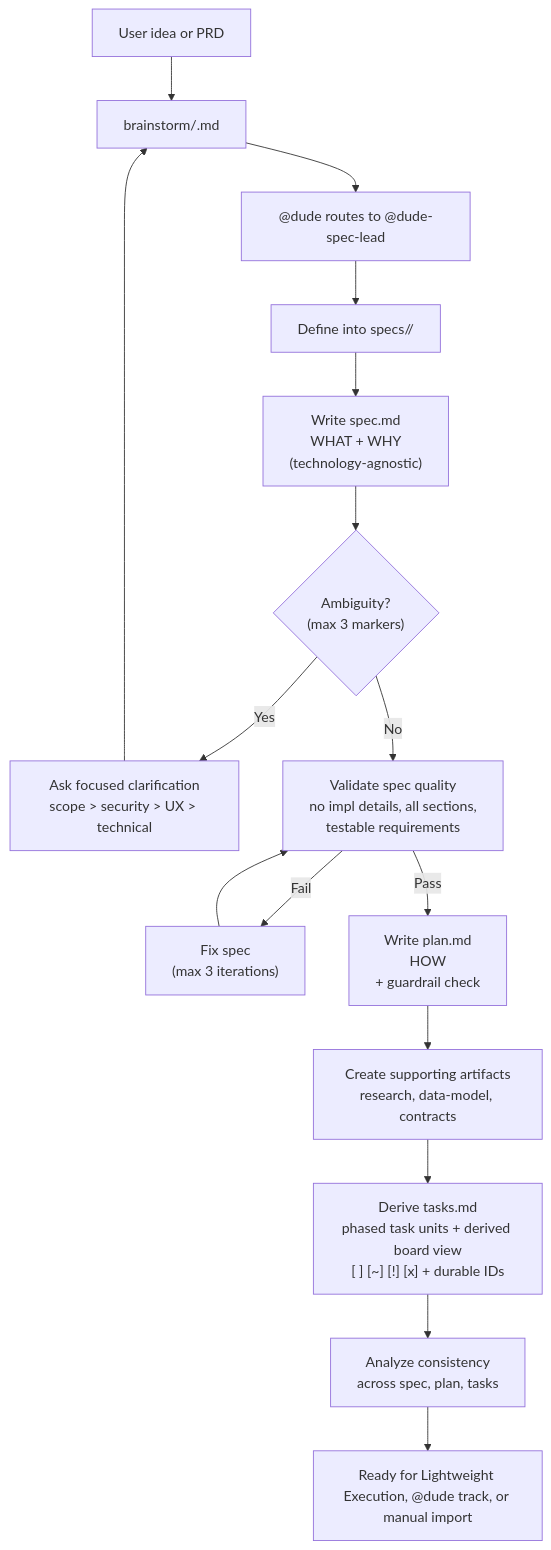
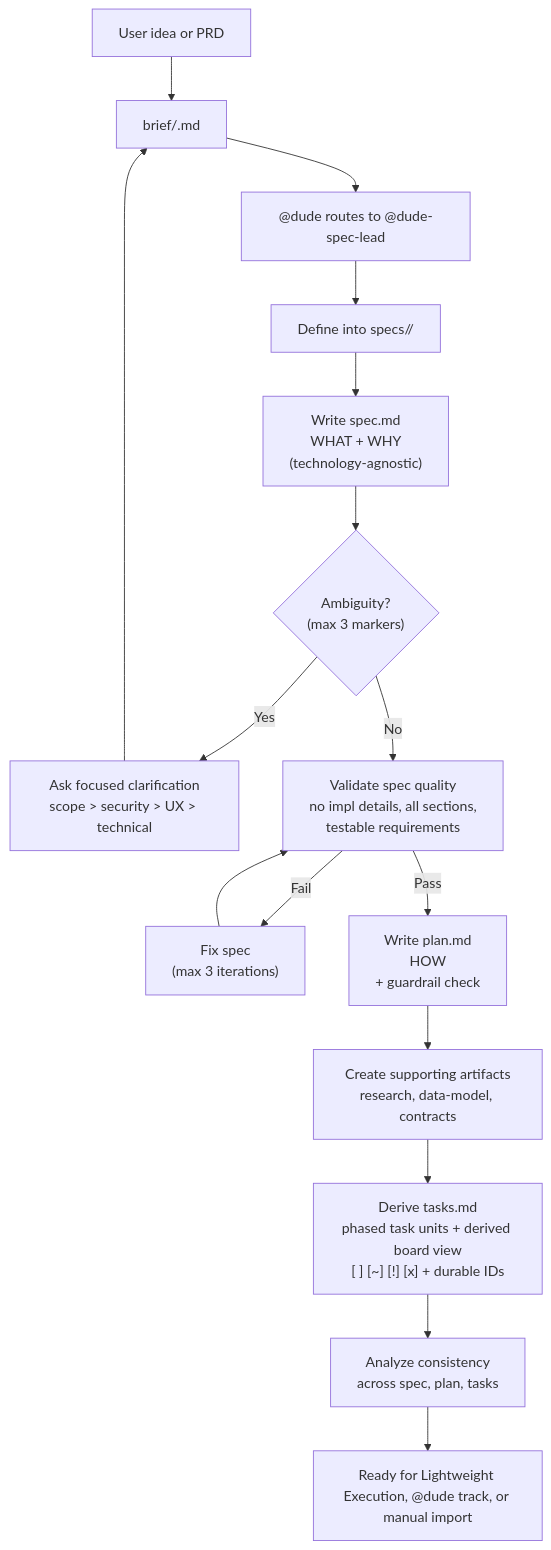
Before and after one commit to E-G-C/dude: the first of 3 diagrams in docs/reference.md, drawn with Mermaid. The commit also changed other lines of this file and 34 other files, not shown here.

First line of the commit message:
refactor(brief): rename brainstorm -> brief across bundle + docs

````diff
--- a/docs/reference.md
+++ b/docs/reference.md
@@ -12,18 +12,18 @@
 ```mermaid
 flowchart TD
-    A["User idea or PRD"] --> B["brainstorm/<slug>.md"]
+    A["User idea or PRD"] --> B["brief/<slug>.md"]
     B --> C["@dude routes to @dude-spec-lead"]
     C --> D["Define into specs/<feature>/"]
     D --> E["Write spec.md\nWHAT + WHY\n(technology-agnostic)"]
     E --> CL{"Ambiguity?\n(max 3 markers)"}
     CL -->|Yes| Q["Ask focused clarification\nscope > security > UX > technical"]
     Q --> B
     CL -->|No| VAL["Validate spec quality\nno impl details, all sections,\ntestable requirements"]
     VAL -->|Fail| FIX["Fix spec\n(max 3 iterations)"]
     FIX --> VAL
     VAL -->|Pass| F["Write plan.md\nHOW\n+ guardrail check"]
     F --> G["Create supporting artifacts\nresearch, data-model, contracts"]
     G --> H["Derive tasks.md\nphased task units + derived board view\n[ ] [~] [!] [x] + durable IDs"]
     H --> I["Analyze consistency\nacross spec, plan, tasks"]
     I --> J["Ready for Lightweight Execution, @dude track, or manual import"]
 ```
````
